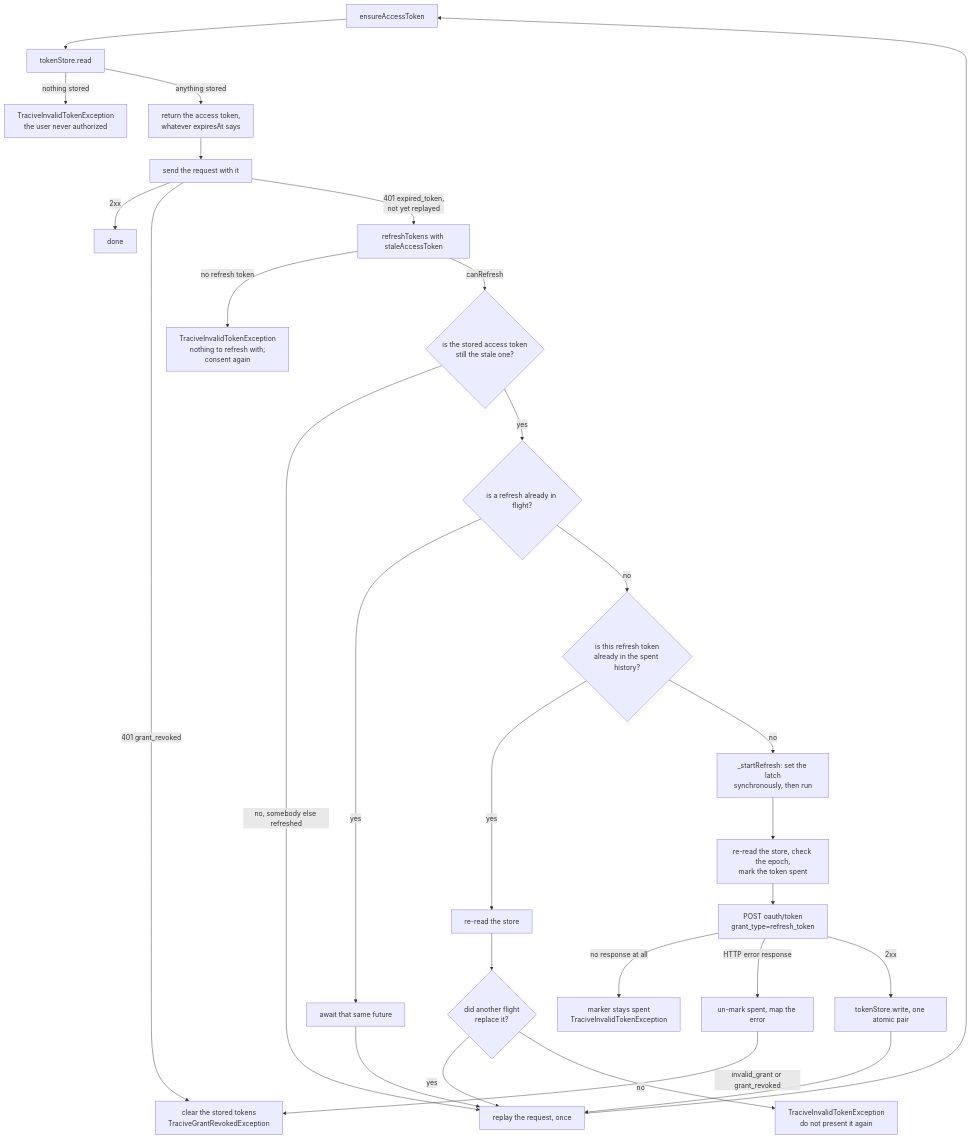
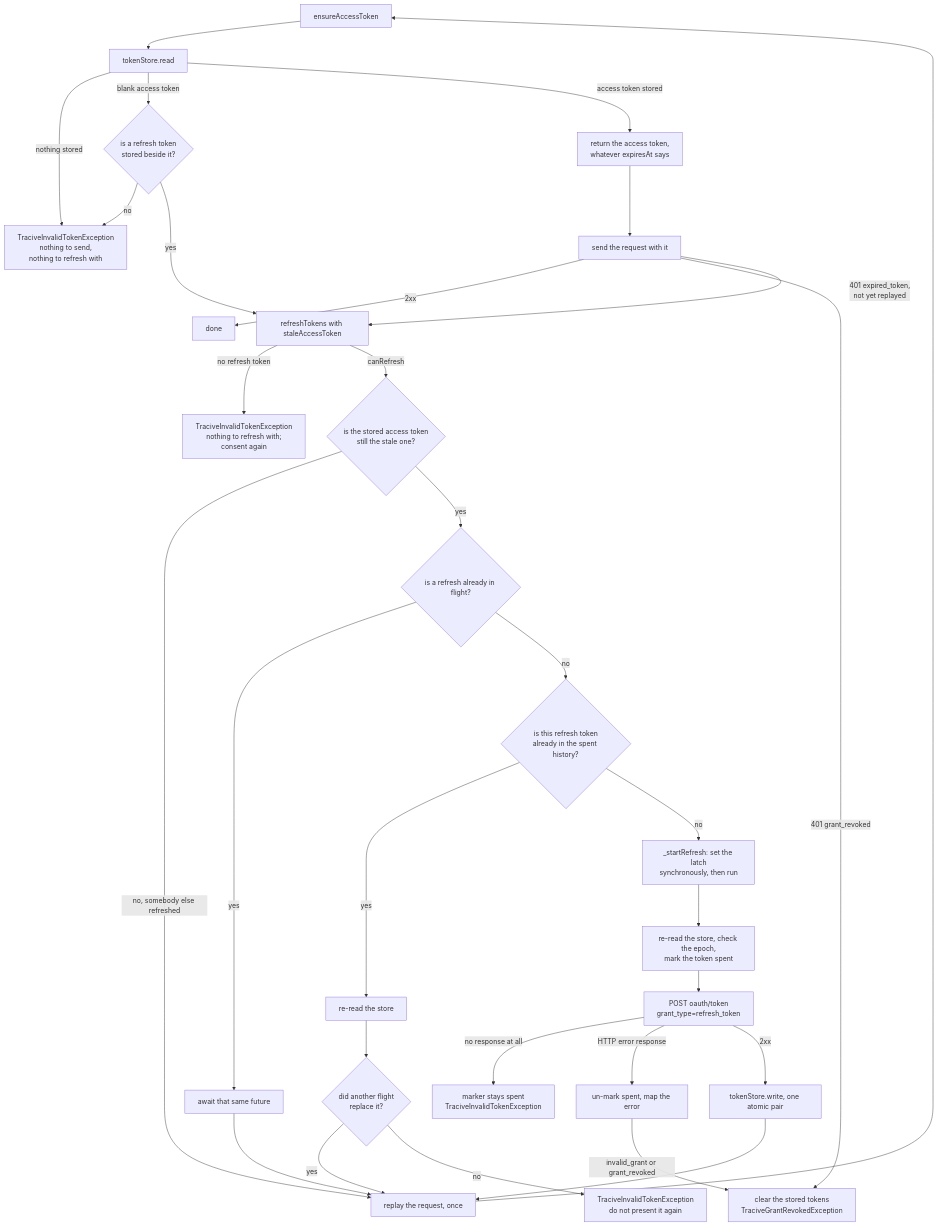
One commit to pleistocent/tracive-sdk-flutter changed the third of 5 diagrams in doc/architecture.md. Above: the diagram before and after it, drawn with Mermaid. The commit also changed other lines of this file and 5 other files, not shown here.

````diff
--- a/doc/architecture.md
+++ b/doc/architecture.md
@@ -143,54 +146,58 @@
 ```mermaid
 flowchart TD
     Start["ensureAccessToken"]
     Read["tokenStore.read"]
-    NoToken["TraciveInvalidTokenException<br/>the user never authorized"]
+    Blank{"is a refresh token<br/>stored beside it?"}
+    NoToken["TraciveInvalidTokenException<br/>nothing to send,<br/>nothing to refresh with"]
     Use["return the access token,<br/>whatever expiresAt says"]
     Send["send the request with it"]
     Done["done"]
     Replay["replay the request, once"]
     Refresh["refreshTokens with staleAccessToken"]
     NoRefresh["TraciveInvalidTokenException<br/>nothing to refresh with;<br/>consent again"]
     Stale{"is the stored access token<br/>still the stale one?"}
     Latch{"is a refresh already in flight?"}
     Join["await that same future"]
     Spent{"is this refresh token<br/>already in the spent history?"}
     Reread["re-read the store"]
     Replaced{"did another flight<br/>replace it?"}
     DeadEnd["TraciveInvalidTokenException<br/>do not present it again"]
     Flight["_startRefresh: set the latch<br/>synchronously, then run"]
     Perform["re-read the store, check the epoch,<br/>mark the token spent"]
     Post["POST oauth/token<br/>grant_type=refresh_token"]
     NoAnswer["marker stays spent<br/>TraciveInvalidTokenException"]
     HttpError["un-mark spent, map the error"]
     Revoked["clear the stored tokens<br/>TraciveGrantRevokedException"]
     Write["tokenStore.write, one atomic pair"]
 
     Start --> Read
     Read -->|"nothing stored"| NoToken
-    Read -->|"anything stored"| Use
+    Read -->|"blank access token"| Blank
+    Read -->|"access token stored"| Use
+    Blank -->|"no"| NoToken
+    Blank -->|"yes"| Refresh
     Use --> Send
     Send -->|"2xx"| Done
     Send -->|"401 grant_revoked"| Revoked
     Send -->|"401 expired_token,<br/>not yet replayed"| Refresh
     Refresh -->|"no refresh token"| NoRefresh
     Refresh -->|"canRefresh"| Stale
     Stale -->|"no, somebody else refreshed"| Replay
     Stale -->|"yes"| Latch
     Latch -->|"yes"| Join
     Join --> Replay
     Latch -->|"no"| Spent
     Spent -->|"yes"| Reread
     Reread --> Replaced
     Replaced -->|"yes"| Replay
     Replaced -->|"no"| DeadEnd
     Spent -->|"no"| Flight
     Flight --> Perform
     Perform --> Post
     Post -->|"no response at all"| NoAnswer
     Post -->|"HTTP error response"| HttpError
     HttpError -->|"invalid_grant or grant_revoked"| Revoked
     Post -->|"2xx"| Write
     Write --> Replay
     Replay --> Start
 ```
````
